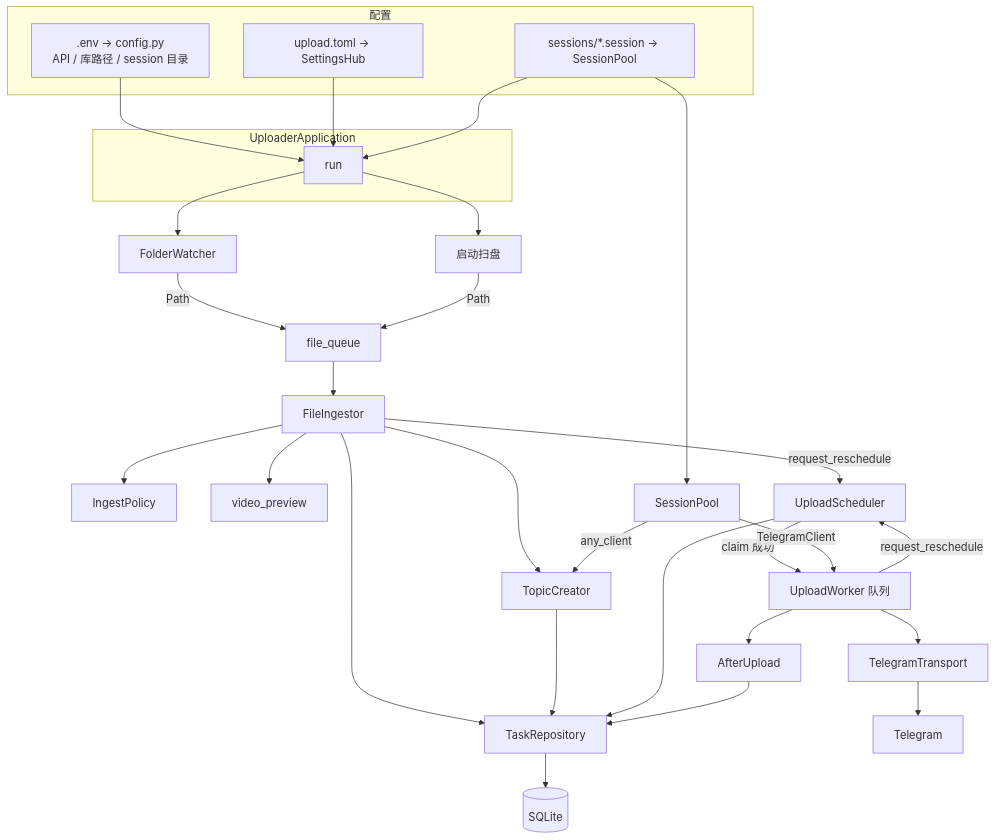
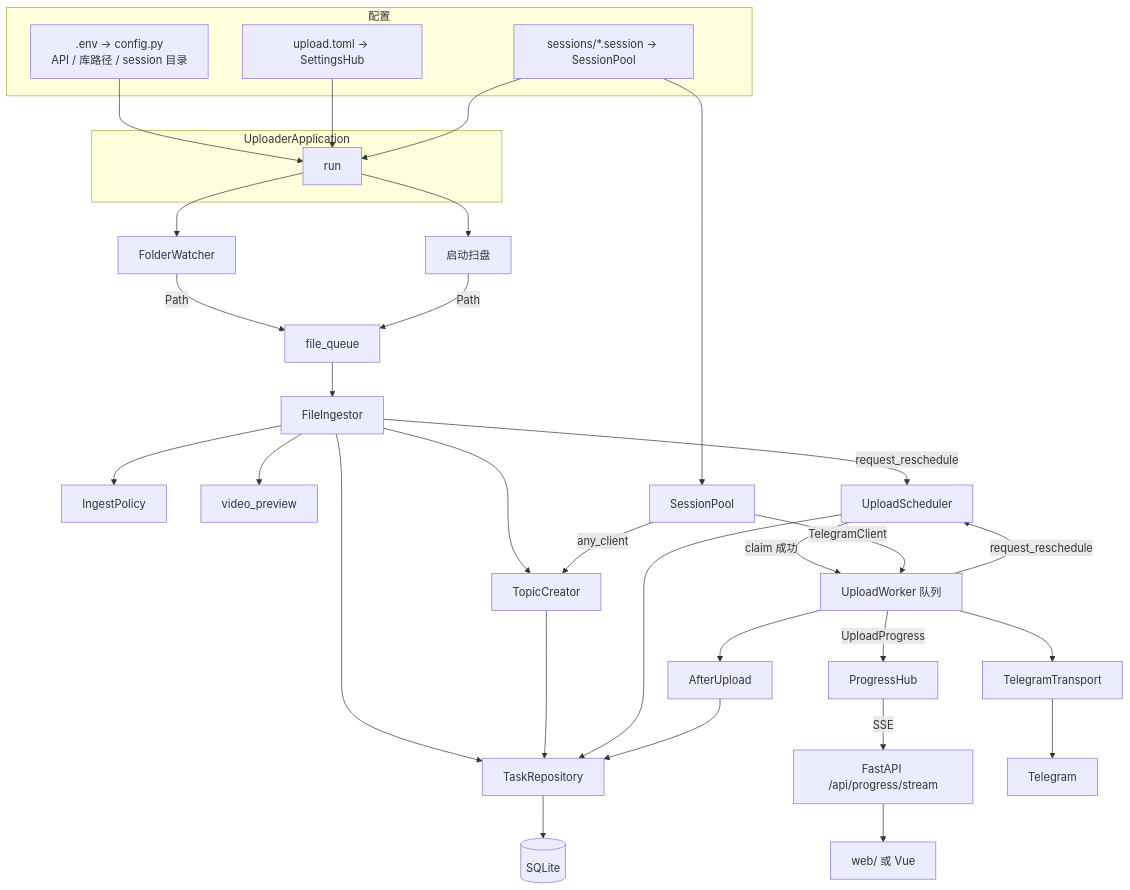
The fifth of 5 diagrams in README.md (Aoki222/Tg-up), drawn with Mermaid before and after one commit. The commit also changed other lines of this file and 61 other files, not shown here.

````diff
--- a/README.md
+++ b/README.md
@@ -38,42 +149,45 @@
 ```mermaid
 flowchart TB
   subgraph 配置
     ENV[".env → config.py<br/>API / 库路径 / session 目录"]
     TOML["upload.toml → SettingsHub"]
     SESS["sessions/*.session → SessionPool"]
   end
 
   subgraph 装配["UploaderApplication"]
     APP[run]
   end
 
   ENV --> APP
   TOML --> APP
   SESS --> APP
 
   APP --> W[FolderWatcher]
   APP --> SCAN[启动扫盘]
   W -->|Path| Q[file_queue]
   SCAN -->|Path| Q
   Q --> ING[FileIngestor]
 
   ING --> POL[IngestPolicy]
   ING --> TOP[TopicCreator]
   ING --> PREV[video_preview]
   ING --> STORE[TaskRepository]
   TOP --> STORE
   ING -->|request_reschedule| SCH[UploadScheduler]
 
   STORE --> DB[(SQLite)]
   SCH --> STORE
   SCH -->|claim 成功| WK[UploadWorker 队列]
 
   SESS --> POOL[SessionPool]
   POOL -->|TelegramClient| WK
   POOL -->|any_client| TOP
   WK --> TR[TelegramTransport]
   WK --> AFTER[AfterUpload]
   WK -->|request_reschedule| SCH
+  WK -->|UploadProgress| HUB[ProgressHub]
+  HUB -->|SSE| API["FastAPI /api/progress/stream"]
+  API --> UI[web/ 或 Vue]
   AFTER --> STORE
   TR --> TG[Telegram]
 ```
````
